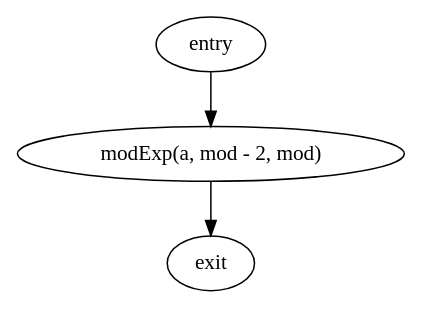
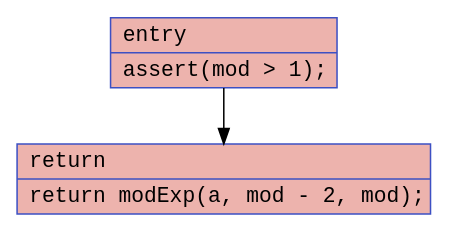
Before and after one commit to twanman1412/blueprintScript: the second of 4 diagrams in examples/mod_inverse/mod_inverse.md, drawn with Graphviz. The commit also changed other lines of this file and 58 other files, not shown here.

````diff
--- a/examples/mod_inverse/mod_inverse.md
+++ b/examples/mod_inverse/mod_inverse.md
@@ -26,10 +23,8 @@
 ```dot
 digraph "CFG for modInverse" {
-    entry [label="entry"];
-    body [label="modExp(a, mod - 2, mod)"];
-    exit [label="exit"];
+	entry [shape=record, color="#3d50c3ff", style=filled, fillcolor="#d6524470", fontname="Courier", label="{entry\l|assert(mod \> 1);\l}"];
+	entry -> ret;
 
-    entry -> body;
-    body -> exit;
+	ret [shape=record, color="#3d50c3ff", style=filled, fillcolor="#d6524470", fontname="Courier", label="{return\l|return modExp(a, mod - 2, mod);\l}"];
 }
 ```
````
